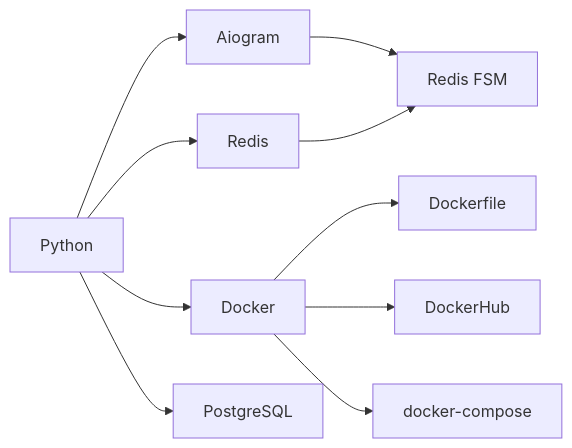
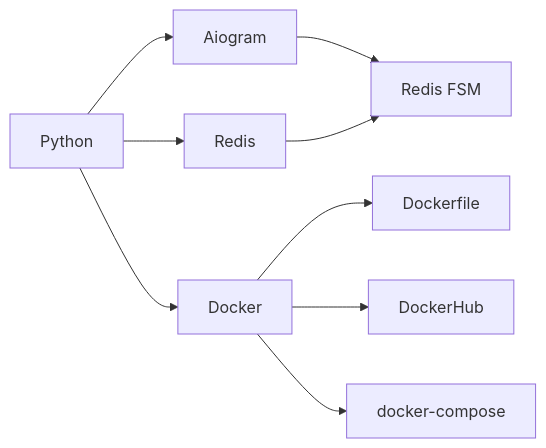
One commit to nihosprop/nihosprop changed the diagram in diagram.mmd. Above: the diagram before and after it, drawn with Mermaid.

Commit message:
refactor

```diff
--- a/diagram.mmd
+++ b/diagram.mmd
@@ -1,10 +1,9 @@
 graph LR
     A[Python] --> B[Aiogram]
     B --> BA[Redis FSM]
     C --> BA[Redis FSM]
     A --> C[Redis]
     A --> D[Docker]
     D --> AD[Dockerfile]
     D --> ADA[DockerHub]
     D --> DB[docker-compose]
-    A --> E[PostgreSQL]
```
